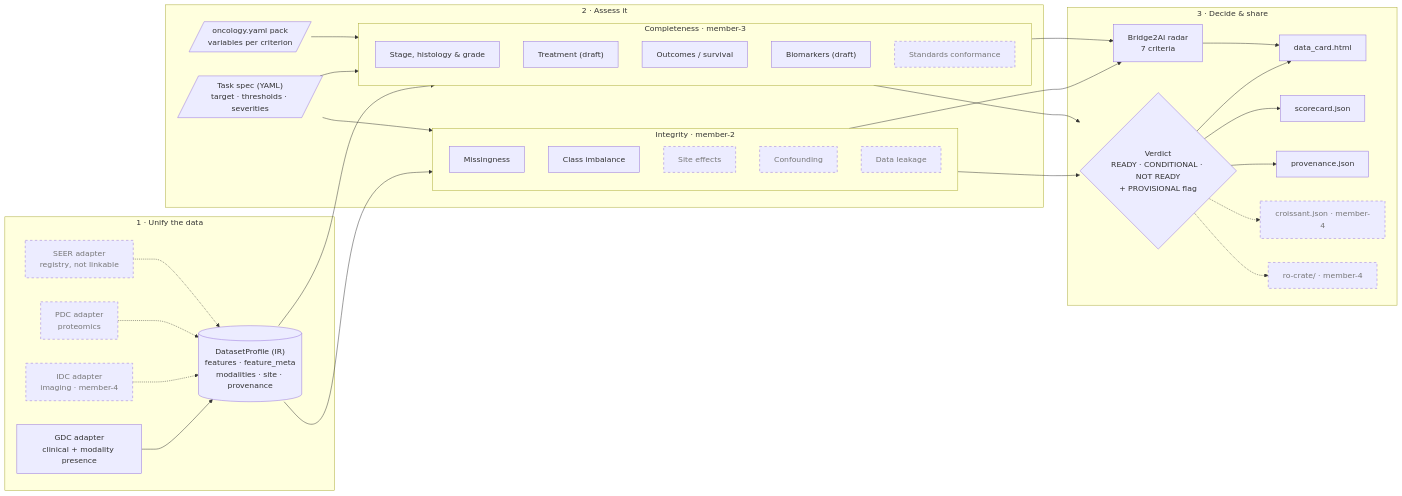
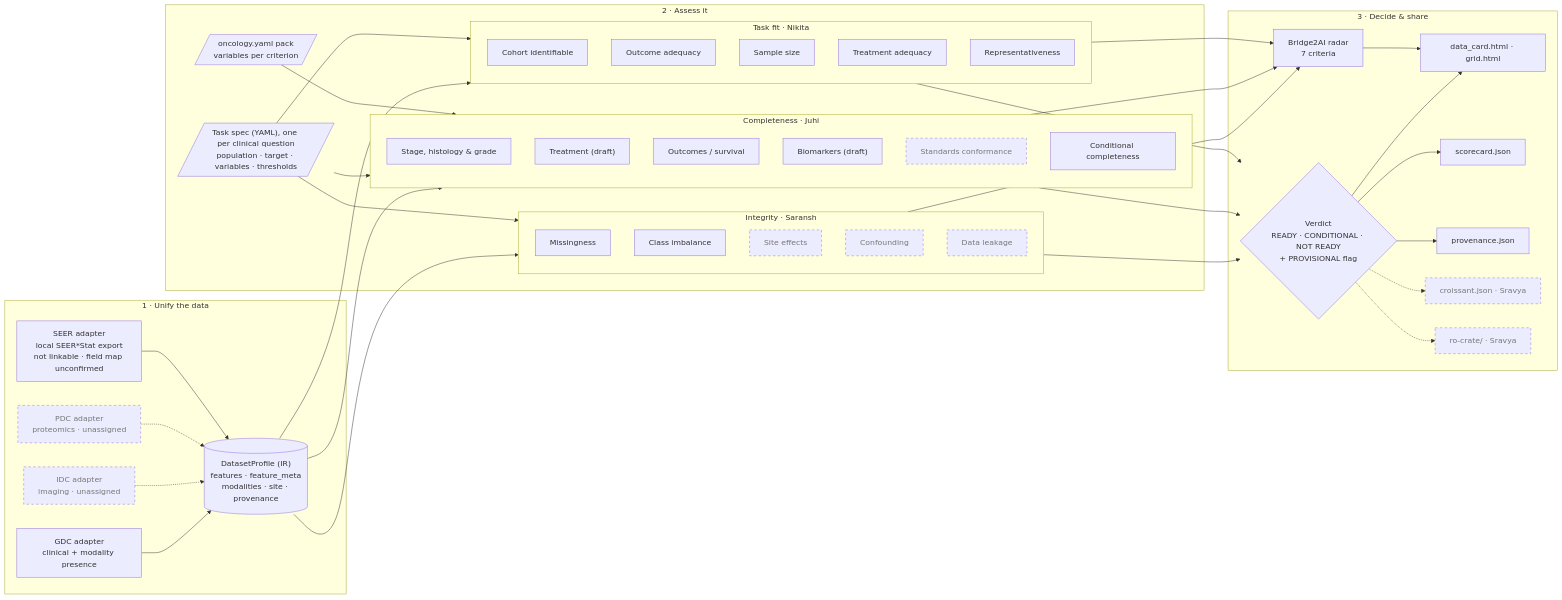
The diagram in README.md (Sravya1802/ai-readiness-scorecard), drawn with Mermaid before and after one commit. The commit also changed other lines of this file, not shown here.

````diff
--- a/README.md
+++ b/README.md
@@ -79,61 +82,73 @@
 ```mermaid
 flowchart LR
     subgraph U["1 · Unify the data"]
         GDC["GDC adapter<br/>clinical + modality presence"]
-        IDC["IDC adapter<br/>imaging · member-4"]:::stub
-        PDC["PDC adapter<br/>proteomics"]:::stub
-        SEER["SEER adapter<br/>registry, not linkable"]:::stub
+        IDC["IDC adapter<br/>imaging · unassigned"]:::stub
+        PDC["PDC adapter<br/>proteomics · unassigned"]:::stub
+        SEER["SEER adapter<br/>local SEER*Stat export<br/>not linkable · field map unconfirmed"]
         IR[("DatasetProfile (IR)<br/>features · feature_meta<br/>modalities · site · provenance")]
         GDC --> IR
         IDC -.-> IR
         PDC -.-> IR
-        SEER -.-> IR
+        SEER --> IR
     end
 
     subgraph A["2 · Assess it"]
-        TASK[/"Task spec (YAML)<br/>target · thresholds · severities"/]
+        TASK[/"Task spec (YAML), one per clinical question<br/>population · target · variables · thresholds"/]
         PACK[/"oncology.yaml pack<br/>variables per criterion"/]
-        subgraph INT["Integrity · member-2"]
+        subgraph INT["Integrity · Saransh"]
             M["Missingness"]
             CI["Class imbalance"]
             SE["Site effects"]:::stub
             CF["Confounding"]:::stub
             LK["Data leakage"]:::stub
         end
-        subgraph COMP["Completeness · member-3"]
+        subgraph COMP["Completeness · Juhi"]
             SHG["Stage, histology & grade"]
             TR["Treatment (draft)"]
             OUT["Outcomes / survival"]
             BIO["Biomarkers (draft)"]
             STD["Standards conformance"]:::stub
+            CC["Conditional completeness"]
+        end
+        subgraph TF["Task fit · Nikita"]
+            CO["Cohort identifiable"]
+            OA["Outcome adequacy"]
+            SS["Sample size"]
+            TA["Treatment adequacy"]
+            RP["Representativeness"]
         end
     end
 
     subgraph D["3 · Decide & share"]
         V{"Verdict<br/>READY · CONDITIONAL · NOT READY<br/>+ PROVISIONAL flag"}
         RAD["Bridge2AI radar<br/>7 criteria"]
-        CARD["data_card.html"]
+        CARD["data_card.html · grid.html"]
         SJ["scorecard.json"]
         PROV["provenance.json"]
-        CRO["croissant.json · member-4"]:::stub
-        ROC["ro-crate/ · member-4"]:::stub
+        CRO["croissant.json · Sravya"]:::stub
+        ROC["ro-crate/ · Sravya"]:::stub
     end
 
     IR --> INT
     IR --> COMP
+    IR --> TF
     TASK --> INT
     TASK --> COMP
+    TASK --> TF
     PACK --> COMP
     INT --> V
     COMP --> V
+    TF --> V
     INT --> RAD
     COMP --> RAD
+    TF --> RAD
     V --> CARD
     RAD --> CARD
     V --> SJ
     V --> PROV
     V -.-> CRO
     V -.-> ROC
 
     classDef stub stroke-dasharray: 5 5,color:#777
 ```
````
